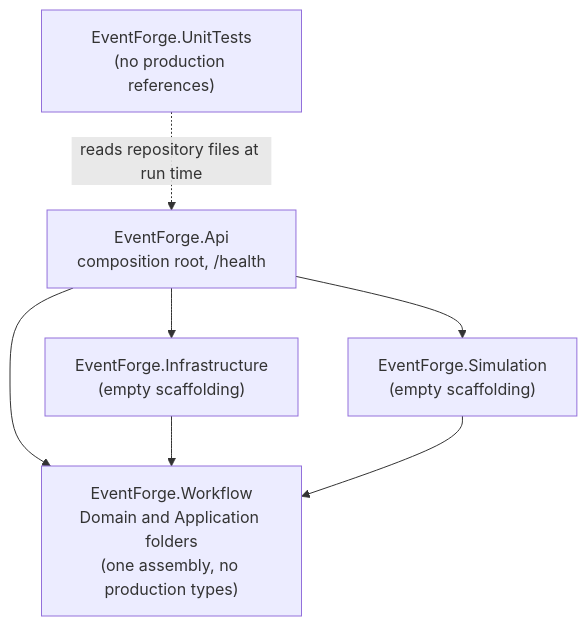
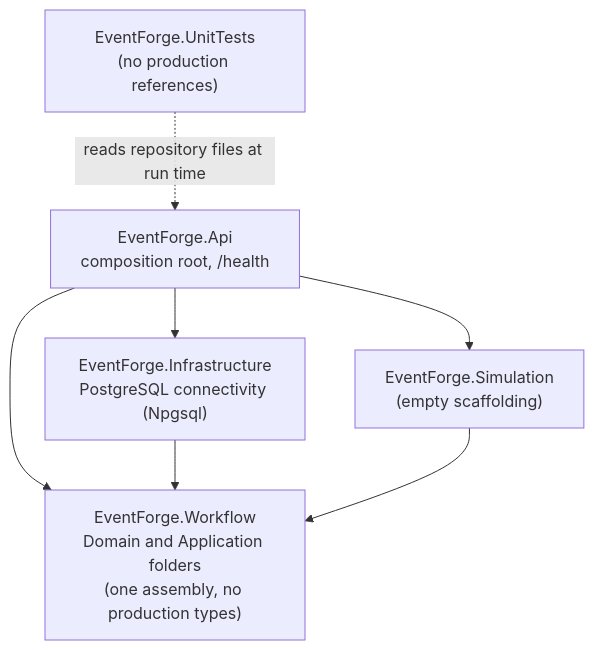
One commit to FarazLoloei/eventforge-event-sourcing-demo changed the first of 4 diagrams in README.md. Above: the diagram before and after it, drawn with Mermaid. The commit also changed other lines of this file and 23 other files, not shown here.

Commit message:
feat(infra): add PostgreSQL connectivity and Docker support [EVF-21]

````diff
--- a/README.md
+++ b/README.md
@@ -77,15 +82,15 @@
 ```mermaid
 flowchart TB
     Api["EventForge.Api<br/>composition root, /health"]
-    Infra["EventForge.Infrastructure<br/>(empty scaffolding)"]
+    Infra["EventForge.Infrastructure<br/>PostgreSQL connectivity (Npgsql)"]
     Sim["EventForge.Simulation<br/>(empty scaffolding)"]
     Workflow["EventForge.Workflow<br/>Domain and Application folders<br/>(one assembly, no production types)"]
     Tests["EventForge.UnitTests<br/>(no production references)"]
 
     Api --> Workflow
     Api --> Infra
     Api --> Sim
     Infra --> Workflow
     Sim --> Workflow
     Tests -. "reads repository files at run time" .-> Api
 ```
````
